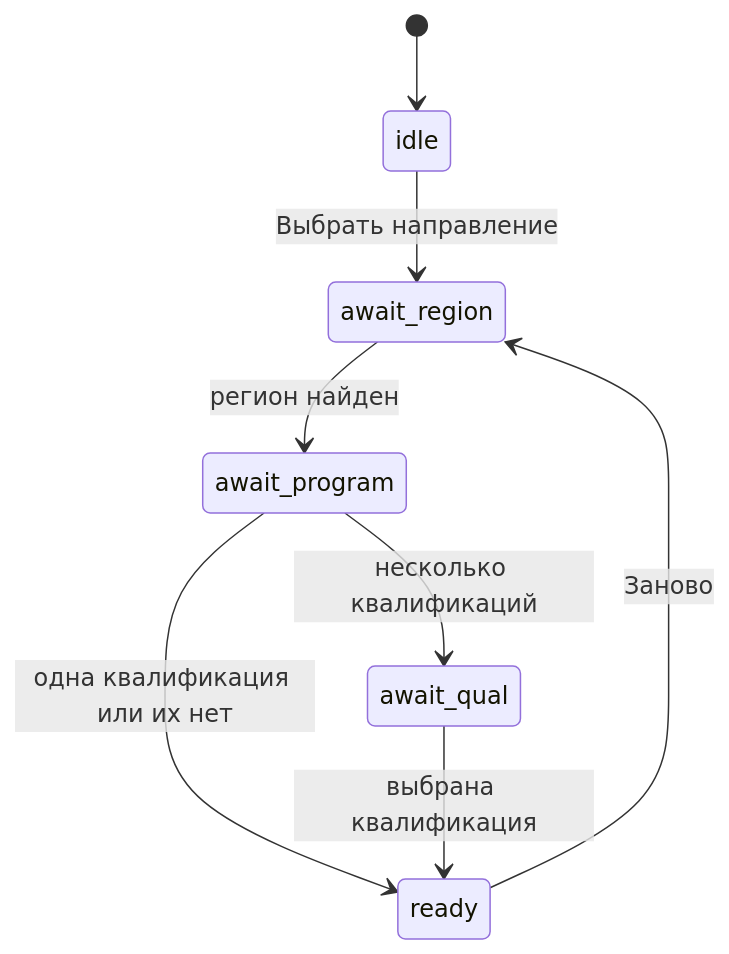
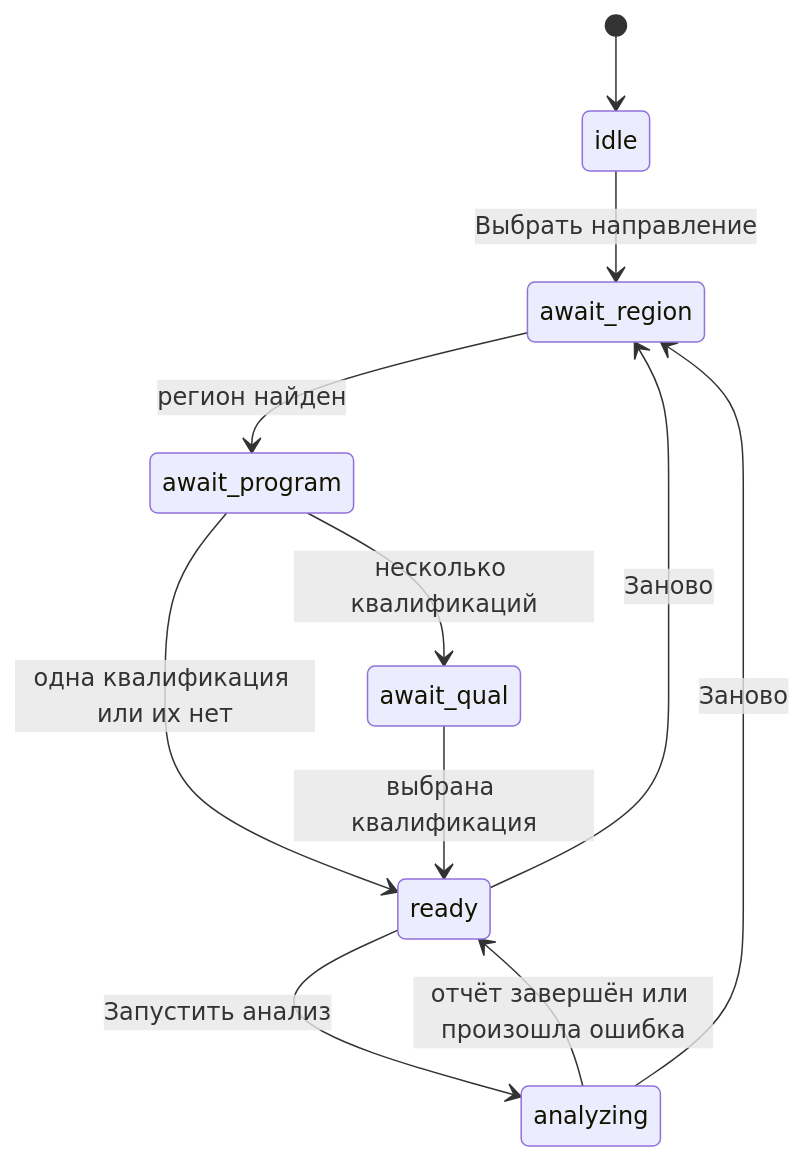
Before and after one commit to sssfind/Max-hack: the second of 3 diagrams in docs/architecture.md, drawn with Mermaid. The commit also changed other lines of this file and 26 other files, not shown here.

````diff
--- a/docs/architecture.md
+++ b/docs/architecture.md
@@ -41,10 +46,13 @@
 ```mermaid
 stateDiagram-v2
   [*] --> idle
   idle --> await_region: Выбрать направление
   await_region --> await_program: регион найден
   await_program --> await_qual: несколько квалификаций
   await_program --> ready: одна квалификация или их нет
   await_qual --> ready: выбрана квалификация
+  ready --> analyzing: Запустить анализ
+  analyzing --> ready: отчёт завершён или произошла ошибка
+  analyzing --> await_region: Заново
   ready --> await_region: Заново
 ```
````
